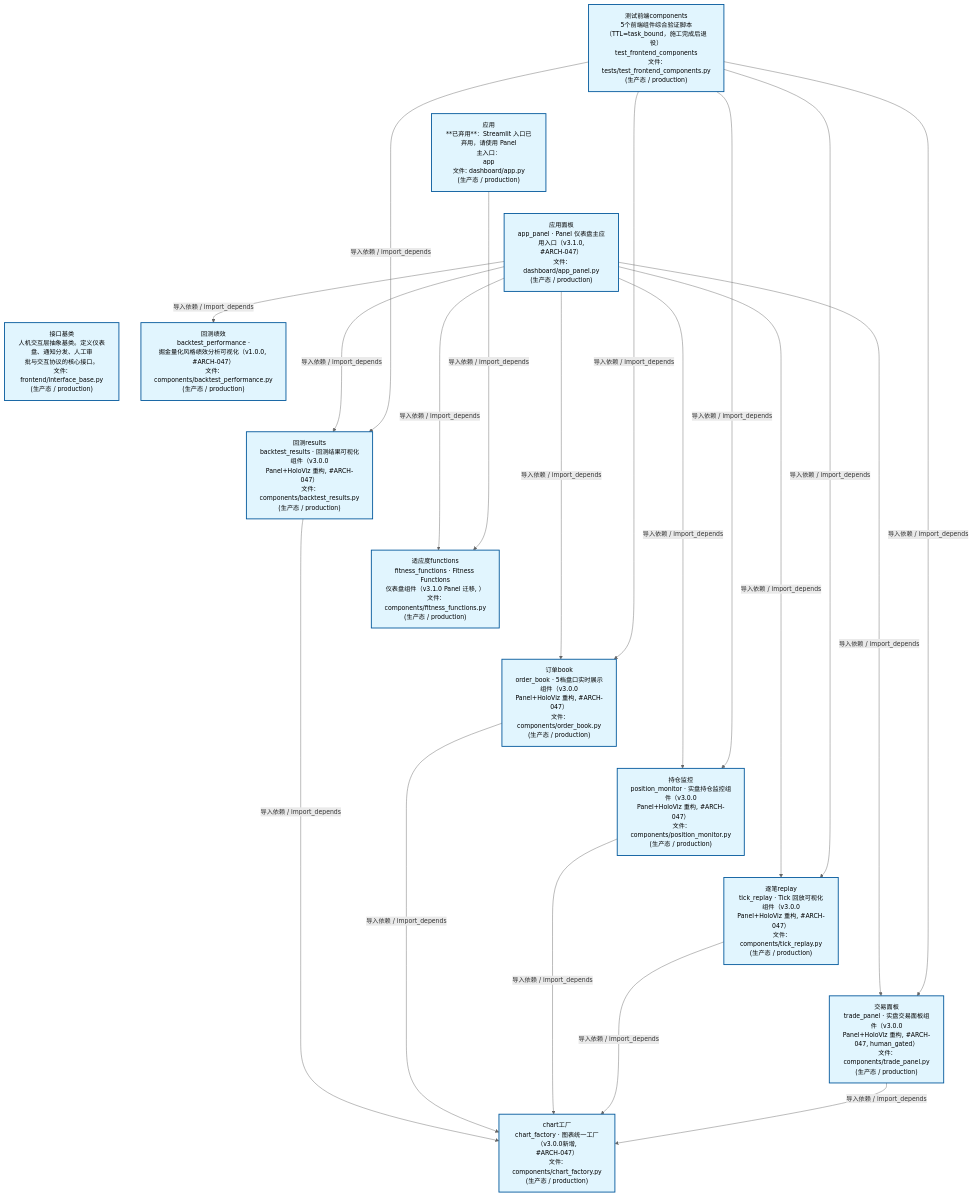
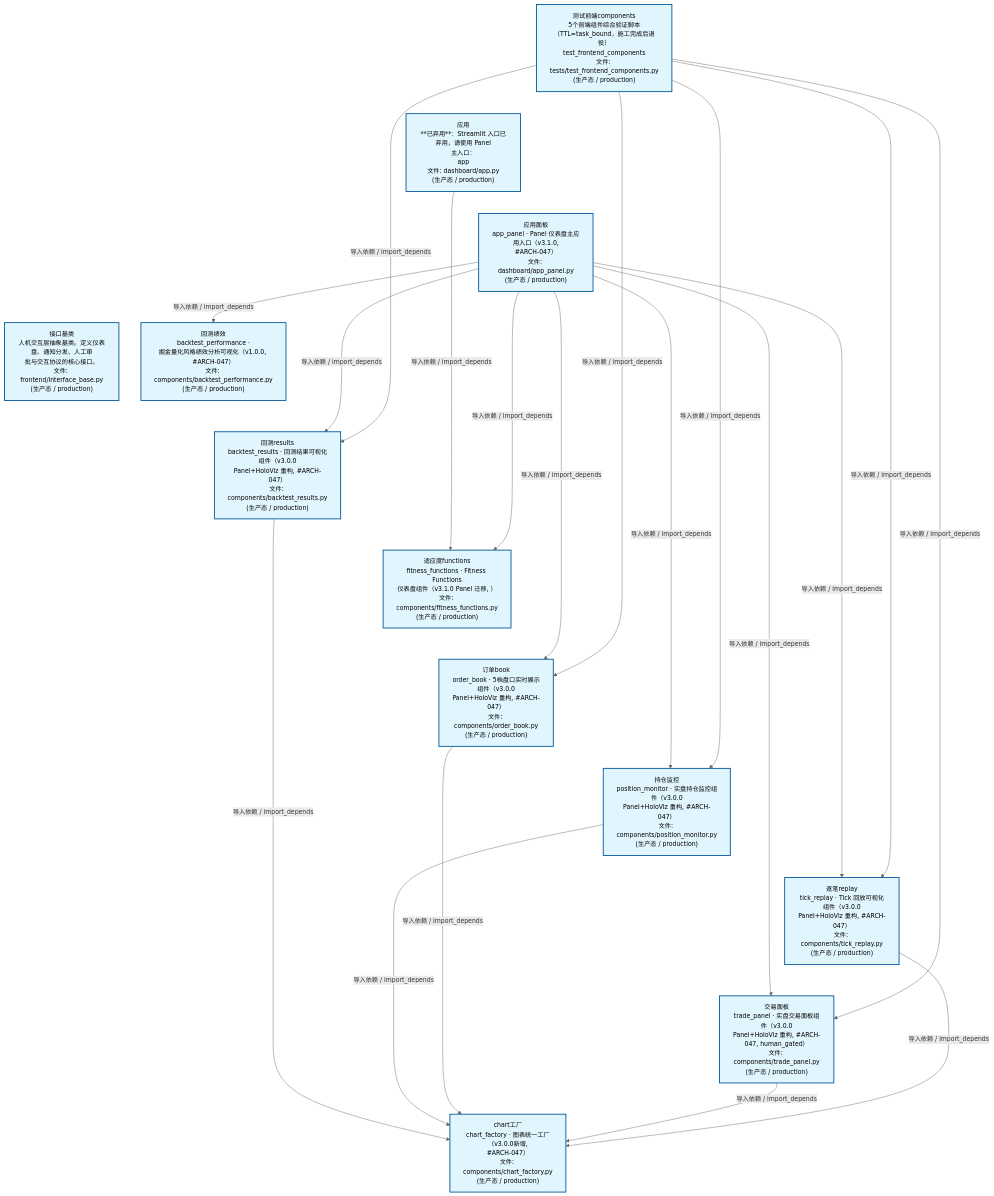
The second of 4 diagrams in docs/02_enterprise_architecture/02_domain_architecture_docs/47_d_frontend.md (xuanFelixVan/ZephyrAlpha), drawn with Mermaid before and after one commit. The commit also changed other lines of this file and 40 other files, not shown here.

````diff
--- a/docs/02_enterprise_architecture/02_domain_architecture_docs/47_d_frontend.md
+++ b/docs/02_enterprise_architecture/02_domain_architecture_docs/47_d_frontend.md
@@ -124,48 +124,48 @@
 ```mermaid
 %%{init: {'theme': 'base', 'themeVariables': {'primaryColor': '#eaeaea', 'primaryTextColor': '#333333', 'primaryBorderColor': '#666666', 'lineColor': '#666666', 'secondaryColor': '#eaeaea', 'tertiaryColor': '#eaeaea', 'fontSize': '14px'}}}%%
 flowchart TD
     scripts_tests_test_frontend_components_py["测试前端components<br/>5个前端组件综合验证脚本<br/>（TTL=task_bound，施工完成后退役）<br/>test_frontend_components<br/>文件: tests/test_frontend_components.py<br/>(生产态 / production)"]
     src_zephyr_frontend_dashboard_app_py["应用<br/>**已弃用**：Streamlit 入口已弃用，请使用 Panel<br/>主入口：<br/>app<br/>文件: dashboard/app.py<br/>(生产态 / production)"]
     src_zephyr_frontend_dashboard_app_panel_py["应用面板<br/>app_panel · Panel 仪表盘主应用入口（v3.1.0,<br/>#ARCH-047）<br/>文件: dashboard/app_panel.py<br/>(生产态 / production)"]
     src_zephyr_frontend_interface_base_py["接口基类<br/>人机交互层抽象基类。定义仪表盘、通知分发、人工审<br/>批与交互协议的核心接口。<br/>文件: frontend/interface_base.py<br/>(生产态 / production)"]
     scripts_tests_test_frontend_components_py ~~~ src_zephyr_frontend_dashboard_app_py
     src_zephyr_frontend_dashboard_app_py ~~~ src_zephyr_frontend_dashboard_app_panel_py
     src_zephyr_frontend_dashboard_app_panel_py ~~~ src_zephyr_frontend_interface_base_py
     src_zephyr_frontend_dashboard_components_backtest_performance_py["回测绩效<br/>backtest_performance ·<br/>掘金量化风格绩效分析可视化（v1.0.0, #ARCH-047）<br/>文件: components/backtest_performance.py<br/>(生产态 / production)"]
     src_zephyr_frontend_dashboard_components_backtest_results_py["回测results<br/>backtest_results · 回测结果可视化组件（v3.0.0<br/>Panel+HoloViz 重构, #ARCH-047）<br/>文件: components/backtest_results.py<br/>(生产态 / production)"]
     src_zephyr_frontend_dashboard_components_fitness_functions_py["适应度functions<br/>fitness_functions · Fitness Functions<br/>仪表盘组件（v3.1.0 Panel 迁移, ）<br/>文件: components/fitness_functions.py<br/>(生产态 / production)"]
     src_zephyr_frontend_dashboard_components_order_book_py["订单book<br/>order_book · 5档盘口实时展示组件（v3.0.0<br/>Panel+HoloViz 重构, #ARCH-047）<br/>文件: components/order_book.py<br/>(生产态 / production)"]
     src_zephyr_frontend_dashboard_components_position_monitor_py["持仓监控<br/>position_monitor · 实盘持仓监控组件（v3.0.0<br/>Panel+HoloViz 重构, #ARCH-047）<br/>文件: components/position_monitor.py<br/>(生产态 / production)"]
     src_zephyr_frontend_dashboard_components_tick_replay_py["逐笔replay<br/>tick_replay · Tick 回放可视化组件（v3.0.0<br/>Panel+HoloViz 重构, #ARCH-047）<br/>文件: components/tick_replay.py<br/>(生产态 / production)"]
     src_zephyr_frontend_dashboard_components_trade_panel_py["交易面板<br/>trade_panel · 实盘交易面板组件（v3.0.0<br/>Panel+HoloViz 重构, #ARCH-047, human_gated）<br/>文件: components/trade_panel.py<br/>(生产态 / production)"]
     src_zephyr_frontend_dashboard_components_backtest_performance_py ~~~ src_zephyr_frontend_dashboard_components_backtest_results_py
     src_zephyr_frontend_dashboard_components_backtest_results_py ~~~ src_zephyr_frontend_dashboard_components_fitness_functions_py
     src_zephyr_frontend_dashboard_components_fitness_functions_py ~~~ src_zephyr_frontend_dashboard_components_order_book_py
     src_zephyr_frontend_dashboard_components_order_book_py ~~~ src_zephyr_frontend_dashboard_components_position_monitor_py
     src_zephyr_frontend_dashboard_components_position_monitor_py ~~~ src_zephyr_frontend_dashboard_components_tick_replay_py
     src_zephyr_frontend_dashboard_components_tick_replay_py ~~~ src_zephyr_frontend_dashboard_components_trade_panel_py
     src_zephyr_frontend_dashboard_components_chart_factory_py["chart工厂<br/>chart_factory · 图表统一工厂（v3.0.0新增,<br/>#ARCH-047）<br/>文件: components/chart_factory.py<br/>(生产态 / production)"]
+    src_zephyr_frontend_dashboard_app_py -->|导入依赖 / import_depends| src_zephyr_frontend_dashboard_components_fitness_functions_py
+    src_zephyr_frontend_dashboard_components_backtest_results_py -->|导入依赖 / import_depends| src_zephyr_frontend_dashboard_components_chart_factory_py
     src_zephyr_frontend_dashboard_app_panel_py -->|导入依赖 / import_depends| src_zephyr_frontend_dashboard_components_backtest_results_py
+    src_zephyr_frontend_dashboard_app_panel_py -->|导入依赖 / import_depends| src_zephyr_frontend_dashboard_components_backtest_performance_py
     src_zephyr_frontend_dashboard_app_panel_py -->|导入依赖 / import_depends| src_zephyr_frontend_dashboard_components_fitness_functions_py
+    src_zephyr_frontend_dashboard_app_panel_py -->|导入依赖 / import_depends| src_zephyr_frontend_dashboard_components_position_monitor_py
     src_zephyr_frontend_dashboard_app_panel_py -->|导入依赖 / import_depends| src_zephyr_frontend_dashboard_components_order_book_py
-    src_zephyr_frontend_dashboard_app_panel_py -->|导入依赖 / import_depends| src_zephyr_frontend_dashboard_components_backtest_performance_py
-    src_zephyr_frontend_dashboard_app_panel_py -->|导入依赖 / import_depends| src_zephyr_frontend_dashboard_components_position_monitor_py
+    src_zephyr_frontend_dashboard_app_panel_py -->|导入依赖 / import_depends| src_zephyr_frontend_dashboard_components_trade_panel_py
     src_zephyr_frontend_dashboard_app_panel_py -->|导入依赖 / import_depends| src_zephyr_frontend_dashboard_components_tick_replay_py
-    src_zephyr_frontend_dashboard_app_panel_py -->|导入依赖 / import_depends| src_zephyr_frontend_dashboard_components_trade_panel_py
-    src_zephyr_frontend_dashboard_components_backtest_results_py -->|导入依赖 / import_depends| src_zephyr_frontend_dashboard_components_chart_factory_py
-    src_zephyr_frontend_dashboard_app_py -->|导入依赖 / import_depends| src_zephyr_frontend_dashboard_components_fitness_functions_py
+    src_zephyr_frontend_dashboard_components_position_monitor_py -->|导入依赖 / import_depends| src_zephyr_frontend_dashboard_components_chart_factory_py
     src_zephyr_frontend_dashboard_components_order_book_py -->|导入依赖 / import_depends| src_zephyr_frontend_dashboard_components_chart_factory_py
-    src_zephyr_frontend_dashboard_components_position_monitor_py -->|导入依赖 / import_depends| src_zephyr_frontend_dashboard_components_chart_factory_py
+    src_zephyr_frontend_dashboard_components_trade_panel_py -->|导入依赖 / import_depends| src_zephyr_frontend_dashboard_components_chart_factory_py
     src_zephyr_frontend_dashboard_components_tick_replay_py -->|导入依赖 / import_depends| src_zephyr_frontend_dashboard_components_chart_factory_py
-    src_zephyr_frontend_dashboard_components_trade_panel_py -->|导入依赖 / import_depends| src_zephyr_frontend_dashboard_components_chart_factory_py
     scripts_tests_test_frontend_components_py -->|导入依赖 / import_depends| src_zephyr_frontend_dashboard_components_backtest_results_py
+    scripts_tests_test_frontend_components_py -->|导入依赖 / import_depends| src_zephyr_frontend_dashboard_components_position_monitor_py
     scripts_tests_test_frontend_components_py -->|导入依赖 / import_depends| src_zephyr_frontend_dashboard_components_order_book_py
-    scripts_tests_test_frontend_components_py -->|导入依赖 / import_depends| src_zephyr_frontend_dashboard_components_position_monitor_py
+    scripts_tests_test_frontend_components_py -->|导入依赖 / import_depends| src_zephyr_frontend_dashboard_components_trade_panel_py
     scripts_tests_test_frontend_components_py -->|导入依赖 / import_depends| src_zephyr_frontend_dashboard_components_tick_replay_py
-    scripts_tests_test_frontend_components_py -->|导入依赖 / import_depends| src_zephyr_frontend_dashboard_components_trade_panel_py
     classDef production fill:#e1f5fe,stroke:#01579b,stroke-width:2px,color:#000
     classDef design fill:#fff3e0,stroke:#e65100,stroke-width:2px,color:#000,stroke-dasharray: 5 5
     classDef external_prod fill:#e8f4fd,stroke:#0277bd,stroke-width:1px,color:#000
     classDef external_design fill:#fff8e7,stroke:#ef6c00,stroke-width:1px,color:#000,stroke-dasharray: 5 5
     class scripts_tests_test_frontend_components_py,src_zephyr_frontend_dashboard_app_py,src_zephyr_frontend_dashboard_app_panel_py,src_zephyr_frontend_dashboard_components_backtest_performance_py,src_zephyr_frontend_dashboard_components_backtest_results_py,src_zephyr_frontend_dashboard_components_chart_factory_py,src_zephyr_frontend_dashboard_components_fitness_functions_py,src_zephyr_frontend_dashboard_components_order_book_py,src_zephyr_frontend_dashboard_components_position_monitor_py,src_zephyr_frontend_dashboard_components_tick_replay_py,src_zephyr_frontend_dashboard_components_trade_panel_py,src_zephyr_frontend_interface_base_py production
 ```
````
